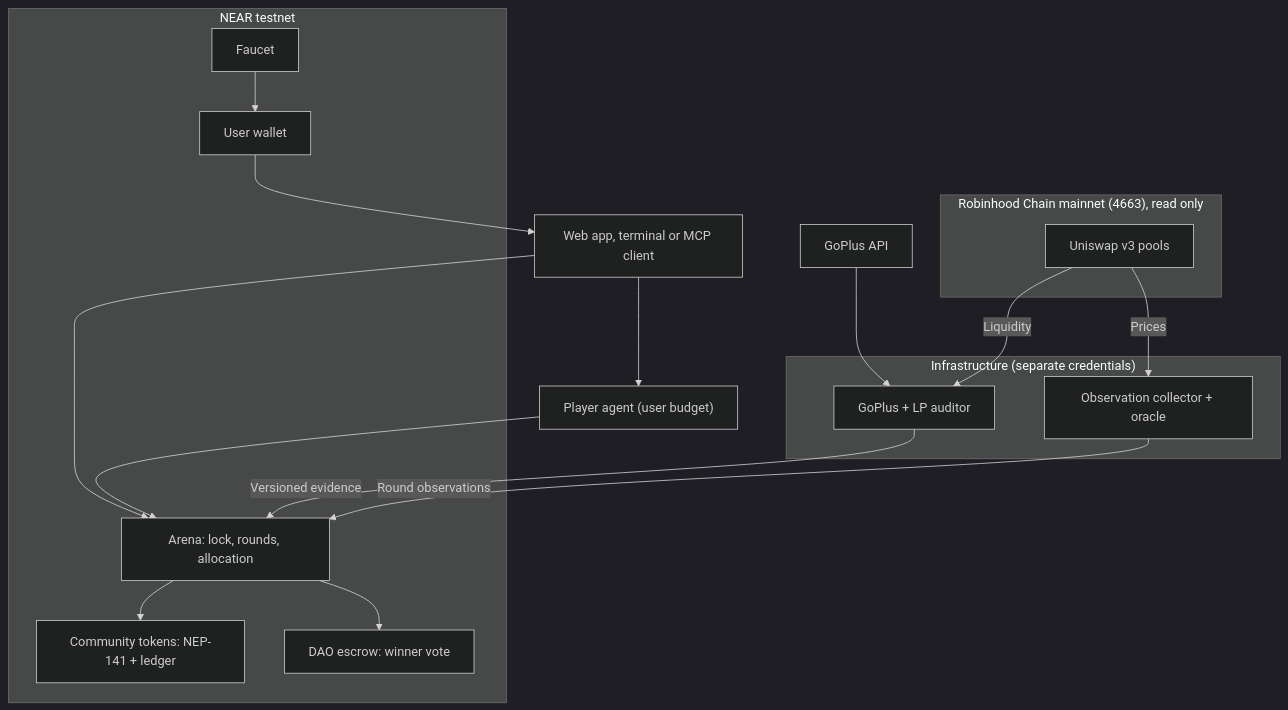
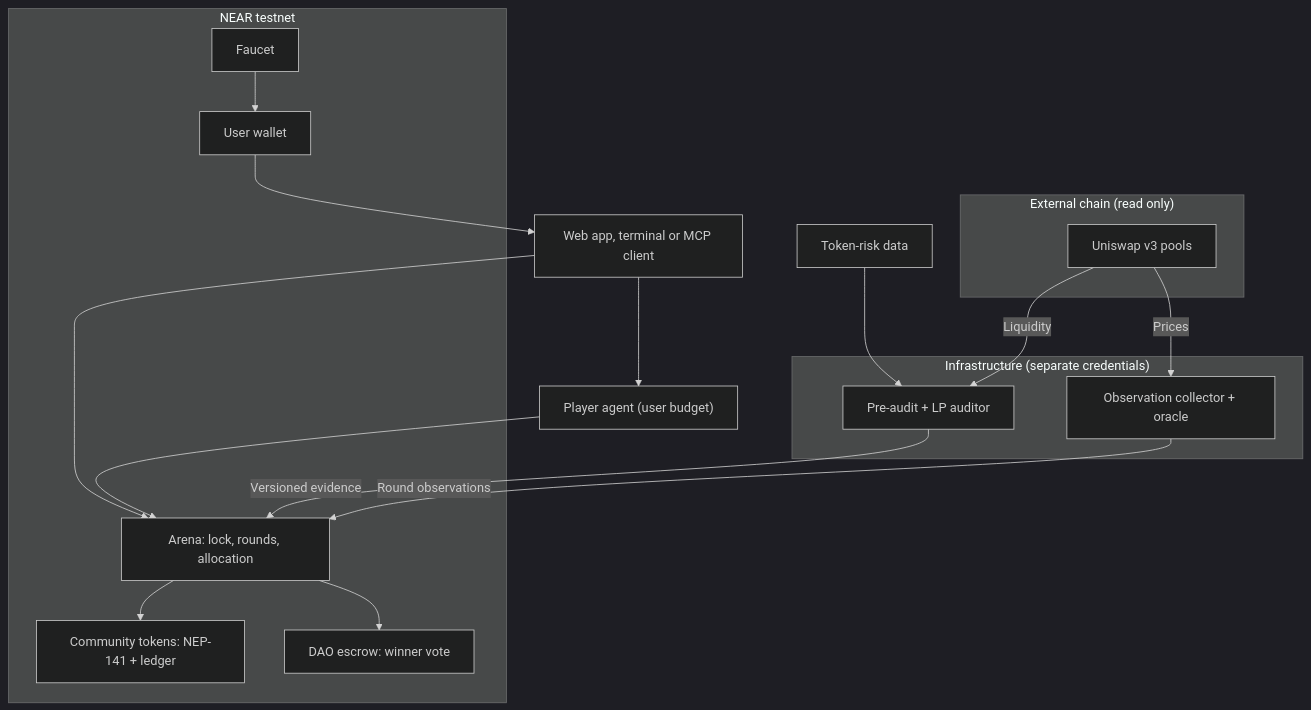
One commit to mferdinandr/valtrums changed the second of 2 diagrams in README.md. Above: the diagram before and after it, drawn with Mermaid (dark theme). The commit also changed other lines of this file, not shown here.

````diff
--- a/README.md
+++ b/README.md
@@ -123,28 +190,28 @@
 ```mermaid
 flowchart TB
     U["User wallet"] --> UI["Web app, terminal or MCP client"]
     UI --> PA["Player agent (user budget)"]
     UI --> A
     PA --> A
     subgraph NEAR["NEAR testnet"]
         A["Arena: lock, rounds, allocation"]
         R["Community tokens: NEP-141 + ledger"]
         D["DAO escrow: winner vote"]
         F["Faucet"]
         A --> R
         A --> D
         F --> U
     end
     subgraph WORKERS["Infrastructure (separate credentials)"]
-        AU["GoPlus + LP auditor"]
+        AU["Pre-audit + LP auditor"]
         O["Observation collector + oracle"]
     end
-    subgraph RH["Robinhood Chain mainnet (4663), read only"]
+    subgraph RH["External chain (read only)"]
         POOLS["Uniswap v3 pools"]
     end
-    GP["GoPlus API"] --> AU
+    GP["Token-risk data"] --> AU
     POOLS -->|"Liquidity"| AU
     POOLS -->|"Prices"| O
     AU -->|"Versioned evidence"| A
     O -->|"Round observations"| A
 ```
````
